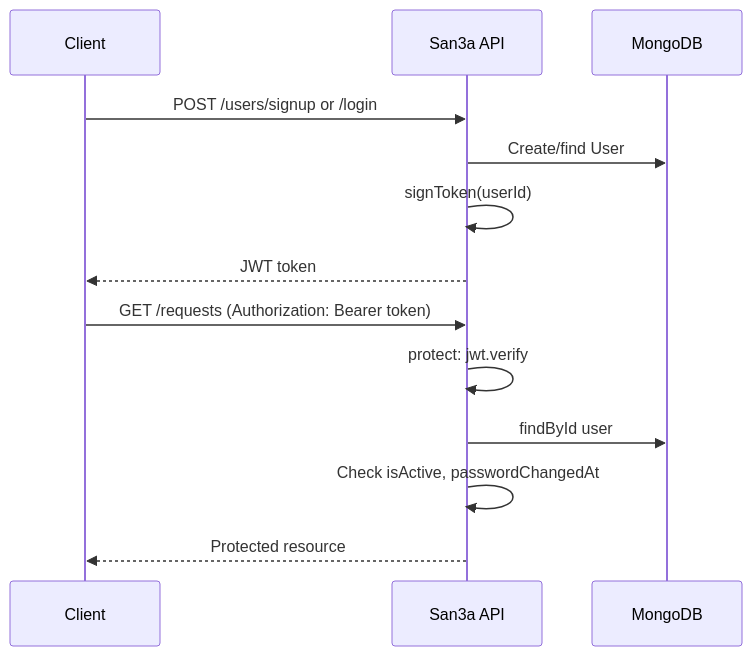
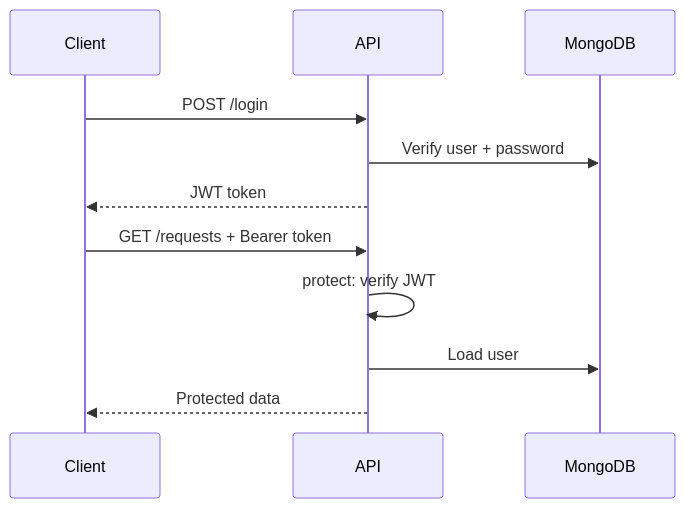
Diagram 12 of 15 in san3a-project/backend/SAN3A_BACKEND_DOCUMENTATION.md (mohamedmadyan56/San3a-Fullstack), drawn with Mermaid before and after one commit. The commit also changed other lines of this file, not shown here.

````diff
--- a/san3a-project/backend/SAN3A_BACKEND_DOCUMENTATION.md
+++ b/san3a-project/backend/SAN3A_BACKEND_DOCUMENTATION.md
@@ -1761,17 +1175,14 @@
 ```mermaid
 sequenceDiagram
     participant C as Client
-    participant S as San3a API
+    participant S as API
     participant DB as MongoDB
 
-    C->>S: POST /users/signup or /login
-    S->>DB: Create/find User
-    S->>S: signToken(userId)
+    C->>S: POST /login
+    S->>DB: Verify user + password
     S-->>C: JWT token
-
-    C->>S: GET /requests (Authorization: Bearer token)
-    S->>S: protect: jwt.verify
-    S->>DB: findById user
-    S->>S: Check isActive, passwordChangedAt
-    S-->>C: Protected resource
+    C->>S: GET /requests + Bearer token
+    S->>S: protect: verify JWT
+    S->>DB: Load user
+    S-->>C: Protected data
 ```
````
